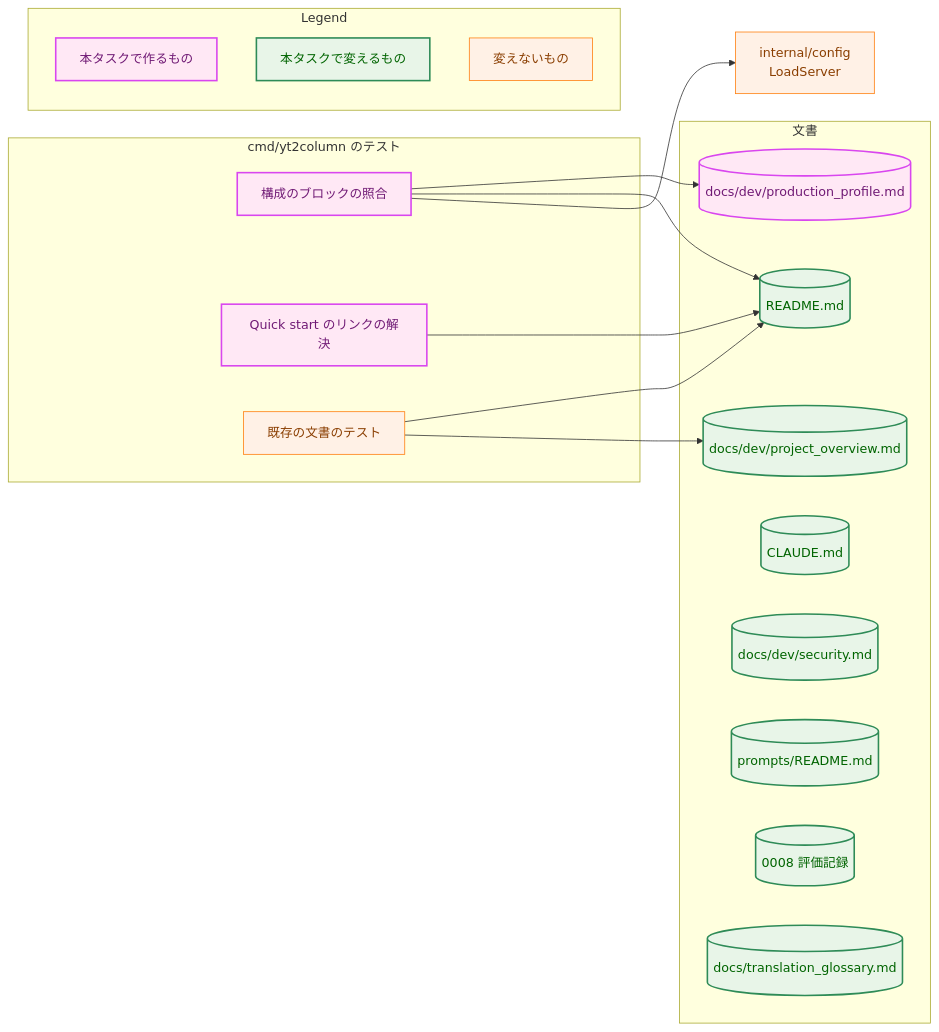
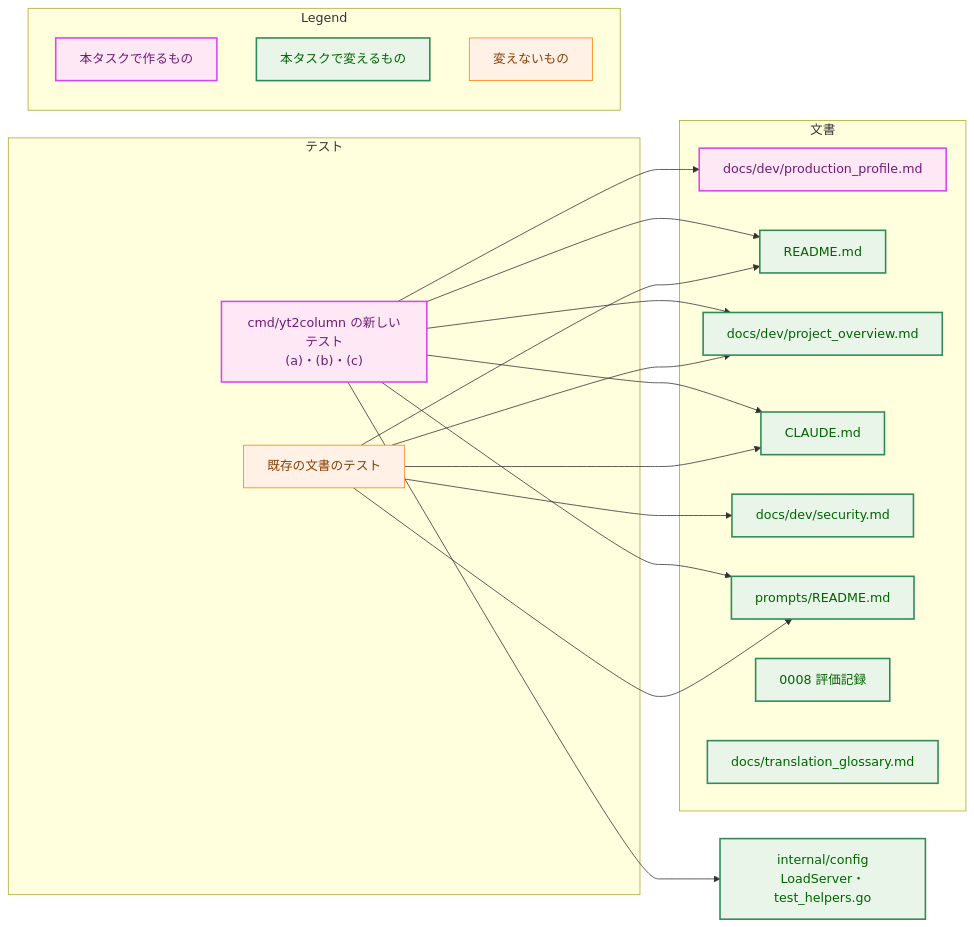
One commit to isseis/yt2column changed the second of 4 diagrams in docs/tasks/0040_production_profile/02_architecture.md. Above: the diagram before and after it, drawn with Mermaid. The commit also changed other lines of this file, not shown here.

First line of the commit message:
docs(0040): address the architecture review and polish the Japanese prose

````diff
--- a/docs/tasks/0040_production_profile/02_architecture.md
+++ b/docs/tasks/0040_production_profile/02_architecture.md
@@ -111,47 +113,49 @@
 ```mermaid
 flowchart LR
-    classDef data fill:#e6f7ff,stroke:#1f77b4,stroke-width:1px,color:#0b3d91;
     classDef process fill:#fff1e6,stroke:#ff7f0e,stroke-width:1px,color:#8a3e00;
     classDef enhanced fill:#e8f5e8,stroke:#2e8b57,stroke-width:2px,color:#006400;
     classDef newpkg fill:#ffe8f5,stroke:#d946ef,stroke-width:2px,color:#701a75;
 
     subgraph docs ["文書"]
-        PP[("docs/dev/production_profile.md")]
-        RM[("README.md")]
-        PO[("docs/dev/project_overview.md")]
-        CL[("CLAUDE.md")]
-        SE[("docs/dev/security.md")]
-        PR[("prompts/README.md")]
-        EV8[("0008 評価記録")]
-        GL[("docs/translation_glossary.md")]
+        PP["docs/dev/production_profile.md"]
+        RM["README.md"]
+        PO["docs/dev/project_overview.md"]
+        CL["CLAUDE.md"]
+        SE["docs/dev/security.md"]
+        PR["prompts/README.md"]
+        EV8["0008 評価記録"]
+        GL["docs/translation_glossary.md"]
     end
 
-    subgraph tests ["cmd/yt2column のテスト"]
-        T1["構成のブロックの照合"]
-        T2["Quick start のリンクの解決"]
+    subgraph tests ["テスト"]
+        TN["cmd/yt2column の新しいテスト<br>(a)・(b)・(c)"]
         TX["既存の文書のテスト"]
     end
 
-    CFG["internal/config<br>LoadServer"]
+    CFG["internal/config<br>LoadServer・test_helpers.go"]
 
-    T1 --> PP
-    T1 --> RM
-    T1 --> CFG
-    T2 --> RM
+    TN --> PP
+    TN --> RM
+    TN --> PO
+    TN --> CL
+    TN --> PR
+    TN --> CFG
     TX --> RM
     TX --> PO
+    TX --> CL
+    TX --> SE
+    TX --> PR
 
-    class PP newpkg
-    class RM,PO,CL,SE,PR,EV8,GL enhanced
-    class T1,T2 newpkg
-    class TX,CFG process
+    class PP,TN newpkg
+    class RM,PO,CL,SE,PR,EV8,GL,CFG enhanced
+    class TX process
 
     subgraph Legend["Legend"]
         L1["本タスクで作るもの"]
         L2["本タスクで変えるもの"]
         L3["変えないもの"]
     end
     class L1 newpkg
     class L2 enhanced
     class L3 process
 ```
````
